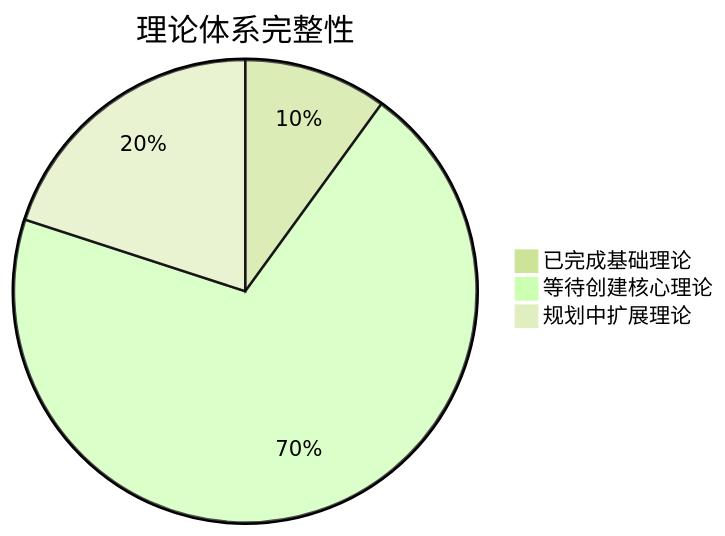
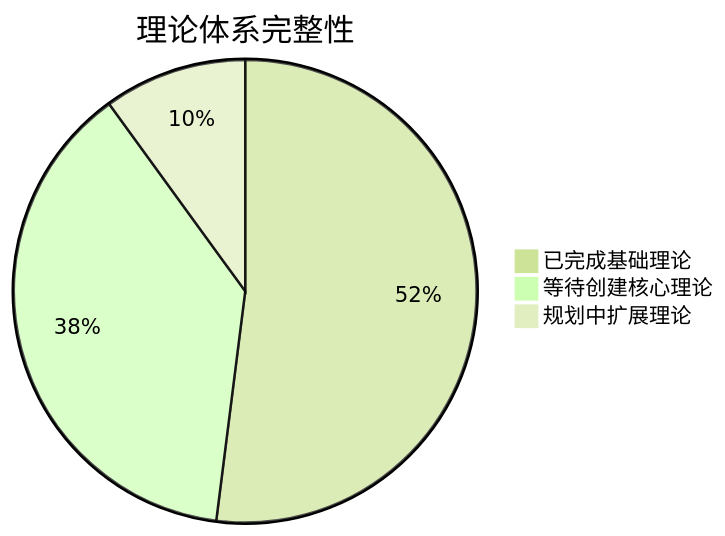
The third of 5 diagrams in docs/binaryuniverse/README.md (loning/the-binarymath), drawn with Mermaid (forest theme) before and after one commit. The commit also changed other lines of this file and 17 other files, not shown here.

````diff
--- a/docs/binaryuniverse/README.md
+++ b/docs/binaryuniverse/README.md
@@ -248,6 +253,6 @@
 ```mermaid
 pie title 理论体系完整性
-    "已完成基础理论" : 10
-    "等待创建核心理论" : 70
-    "规划中扩展理论" : 20
+    "已完成基础理论" : 52
+    "等待创建核心理论" : 38
+    "规划中扩展理论" : 10
 ```
````
